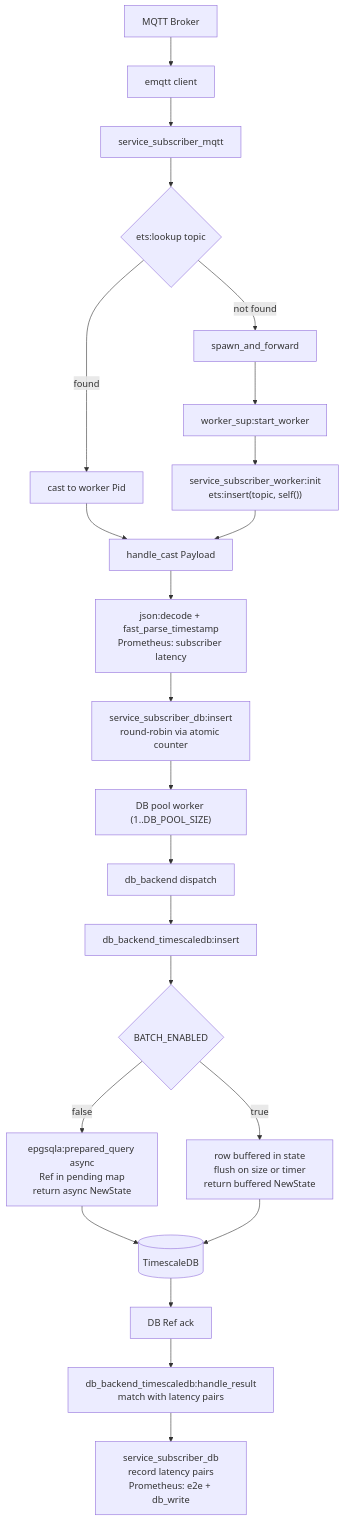
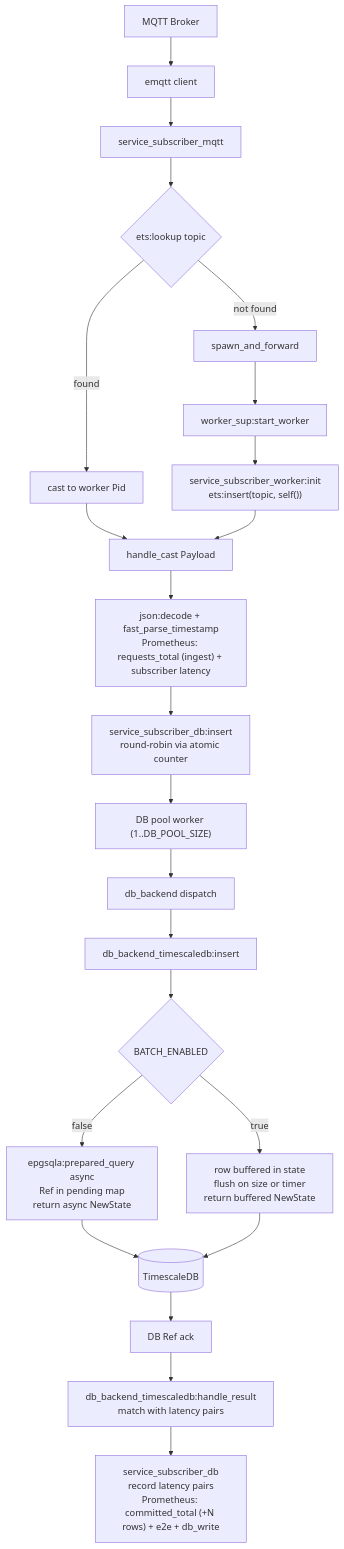
The diagram in service_subscriber/README.md (TomSpyropoulos/actor-erlang), drawn with Mermaid before and after one commit. The commit also changed other lines of this file and 2 other files, not shown here.

````diff
--- a/service_subscriber/README.md
+++ b/service_subscriber/README.md
@@ -21,24 +21,24 @@
 ```mermaid
 flowchart TD
     A[MQTT Broker] --> B[emqtt client] --> C[service_subscriber_mqtt]
     C --> D{ets:lookup topic}
     D -->|found| E[cast to worker Pid]
     D -->|not found| F[spawn_and_forward]
     F --> G[worker_sup:start_worker]
     G --> H["service_subscriber_worker:init\nets:insert(topic, self())"]
     E --> I[handle_cast Payload]
     H --> I
-    I --> J["json:decode + fast_parse_timestamp\nPrometheus: subscriber latency"]
+    I --> J["json:decode + fast_parse_timestamp\nPrometheus: requests_total (ingest) + subscriber latency"]
     J --> K["service_subscriber_db:insert\nround-robin via atomic counter"]
     K --> L["DB pool worker (1..DB_POOL_SIZE)"]
     L --> M[db_backend dispatch]
     M --> N[db_backend_timescaledb:insert]
     N --> O{BATCH_ENABLED}
     O -->|false| P["epgsqla:prepared_query async\nRef in pending map\nreturn async NewState"]
     O -->|true| Q["row buffered in state\nflush on size or timer\nreturn buffered NewState"]
     P --> R[(TimescaleDB)]
     Q --> R
     R --> S[DB Ref ack]
     S --> T["db_backend_timescaledb:handle_result\nmatch with latency pairs"]
-    T --> U["service_subscriber_db\nrecord latency pairs\nPrometheus: e2e + db_write"]
+    T --> U["service_subscriber_db\nrecord latency pairs\nPrometheus: committed_total (+N rows) + e2e + db_write"]
 ```
````
